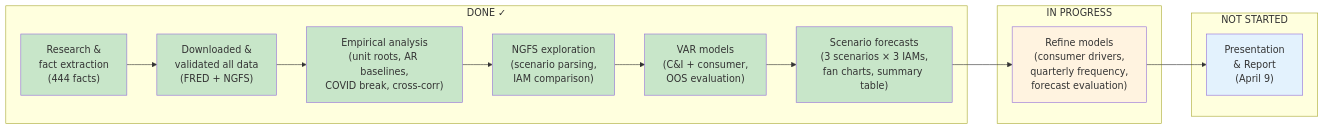
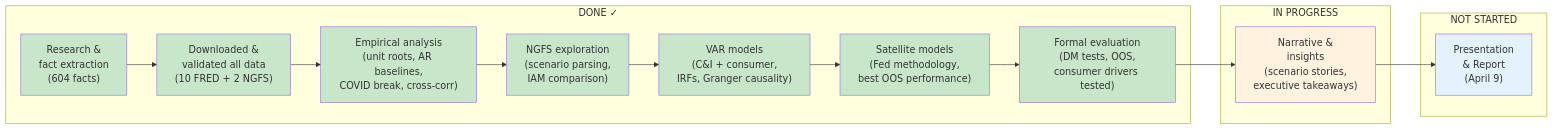
One commit to gabrielacoada/forecasting changed the diagram in projects/climate-risk-loans/PROJECT-STATUS.md. Above: the diagram before and after it, drawn with Mermaid. The commit also changed other lines of this file and 47 other files, not shown here.

````diff
--- a/projects/climate-risk-loans/PROJECT-STATUS.md
+++ b/projects/climate-risk-loans/PROJECT-STATUS.md
@@ -11,30 +11,32 @@
 ```mermaid
 flowchart LR
     subgraph "DONE ✓"
-        A["Research &<br/>fact extraction<br/>(444 facts)"]
-        B["Downloaded &<br/>validated all data<br/>(FRED + NGFS)"]
+        A["Research &<br/>fact extraction<br/>(604 facts)"]
+        B["Downloaded &<br/>validated all data<br/>(10 FRED + 2 NGFS)"]
         C["Empirical analysis<br/>(unit roots, AR baselines,<br/>COVID break, cross-corr)"]
         D["NGFS exploration<br/>(scenario parsing,<br/>IAM comparison)"]
-        E["VAR models<br/>(C&I + consumer,<br/>OOS evaluation)"]
-        F["Scenario forecasts<br/>(3 scenarios × 3 IAMs,<br/>fan charts, summary table)"]
+        E["VAR models<br/>(C&I + consumer,<br/>IRFs, Granger causality)"]
+        F["Satellite models<br/>(Fed methodology,<br/>best OOS performance)"]
+        F2["Formal evaluation<br/>(DM tests, OOS,<br/>consumer drivers tested)"]
     end
 
     subgraph "IN PROGRESS"
-        G["Refine models<br/>(consumer drivers,<br/>quarterly frequency,<br/>forecast evaluation)"]
+        G["Narrative &<br/>insights<br/>(scenario stories,<br/>executive takeaways)"]
     end
 
     subgraph "NOT STARTED"
         H["Presentation<br/>& Report<br/>(April 9)"]
     end
 
-    A --> B --> C --> D --> E --> F --> G --> H
+    A --> B --> C --> D --> E --> F --> F2 --> G --> H
 
     style A fill:#c8e6c9
     style B fill:#c8e6c9
     style C fill:#c8e6c9
     style D fill:#c8e6c9
     style E fill:#c8e6c9
     style F fill:#c8e6c9
+    style F2 fill:#c8e6c9
     style G fill:#fff3e0
     style H fill:#e3f2fd
 ```
````
